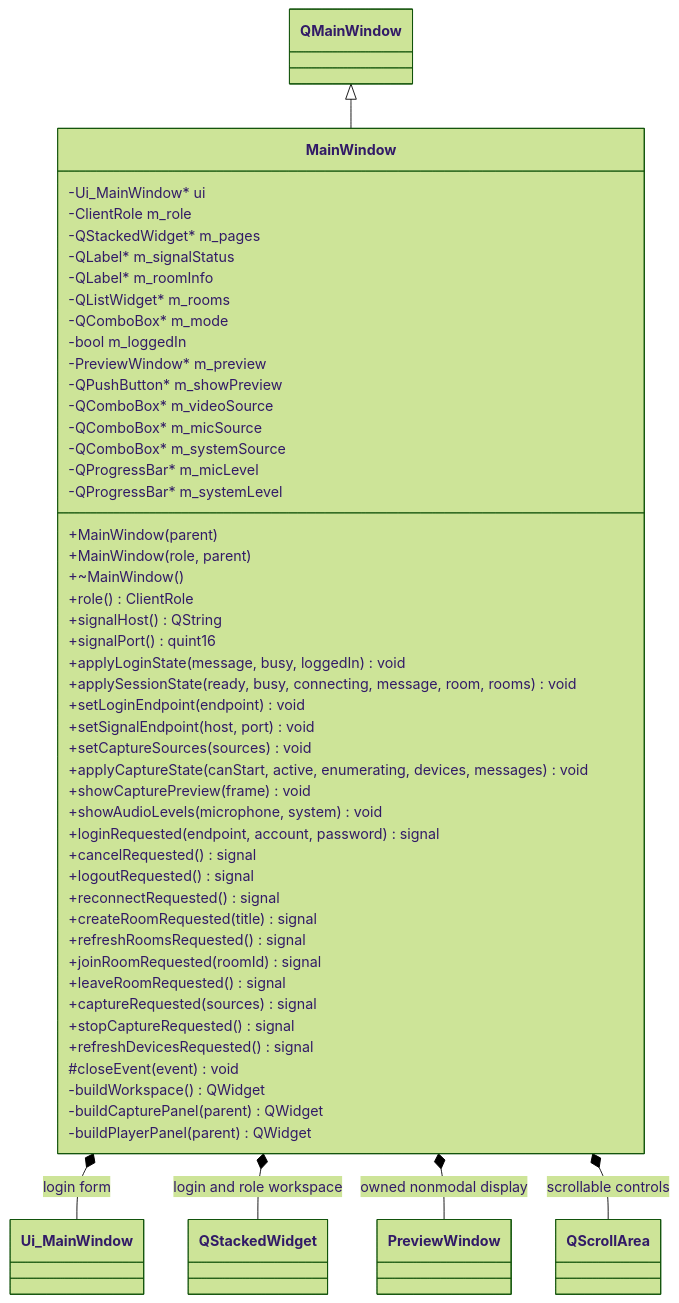
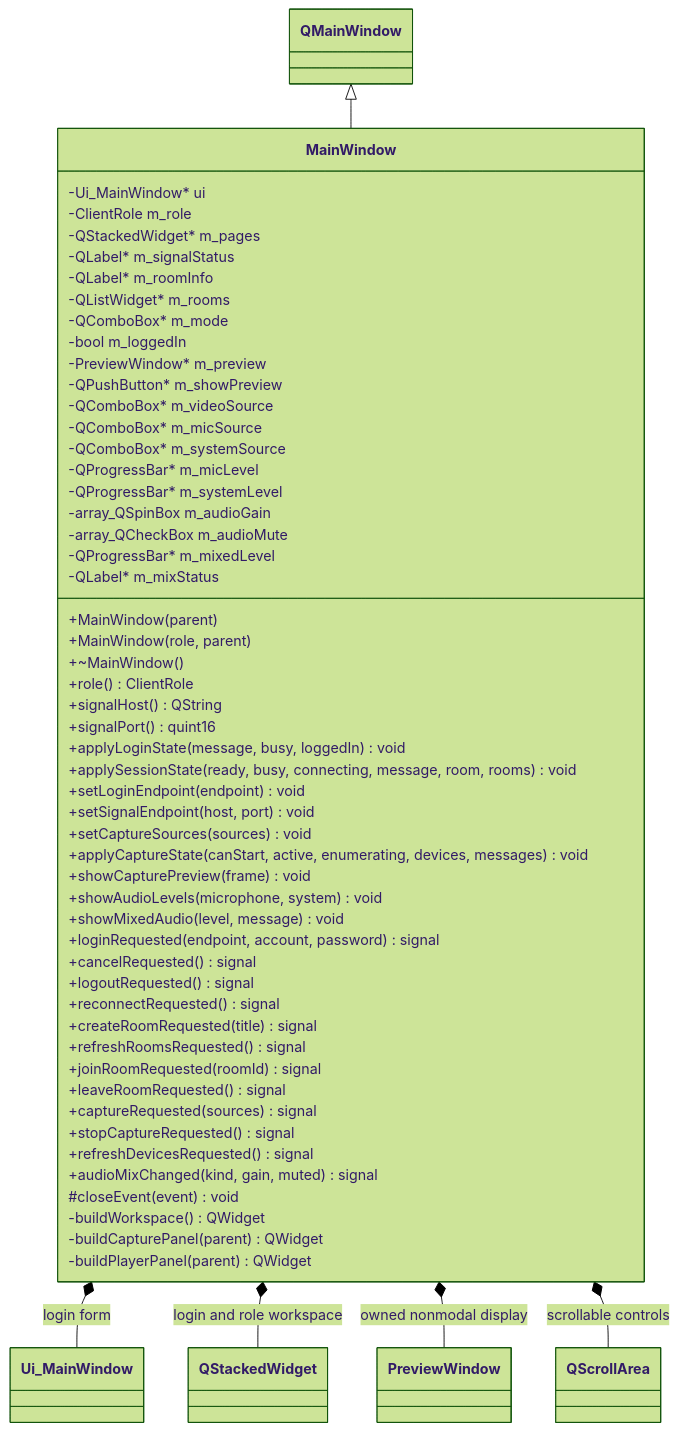
Before and after one commit to kingsman-svg/OBS: the diagram in docs/uml/MainWindow.mmd, drawn with Mermaid (forest theme). The commit also changed 57 other files, not shown here.

```diff
--- a/docs/uml/MainWindow.mmd
+++ b/docs/uml/MainWindow.mmd
@@ -1,52 +1,58 @@
 classDiagram
 class MainWindow {
   -Ui_MainWindow* ui
   -ClientRole m_role
   -QStackedWidget* m_pages
   -QLabel* m_signalStatus
   -QLabel* m_roomInfo
   -QListWidget* m_rooms
   -QComboBox* m_mode
   -bool m_loggedIn
   -PreviewWindow* m_preview
   -QPushButton* m_showPreview
   -QComboBox* m_videoSource
   -QComboBox* m_micSource
   -QComboBox* m_systemSource
   -QProgressBar* m_micLevel
   -QProgressBar* m_systemLevel
+  -array_QSpinBox m_audioGain
+  -array_QCheckBox m_audioMute
+  -QProgressBar* m_mixedLevel
+  -QLabel* m_mixStatus
   +MainWindow(parent)
   +MainWindow(role, parent)
   +~MainWindow()
   +role() ClientRole
   +signalHost() QString
   +signalPort() quint16
   +applyLoginState(message, busy, loggedIn) void
   +applySessionState(ready, busy, connecting, message, room, rooms) void
   +setLoginEndpoint(endpoint) void
   +setSignalEndpoint(host, port) void
   +setCaptureSources(sources) void
   +applyCaptureState(canStart, active, enumerating, devices, messages) void
   +showCapturePreview(frame) void
   +showAudioLevels(microphone, system) void
+  +showMixedAudio(level, message) void
   +loginRequested(endpoint, account, password) signal
   +cancelRequested() signal
   +logoutRequested() signal
   +reconnectRequested() signal
   +createRoomRequested(title) signal
   +refreshRoomsRequested() signal
   +joinRoomRequested(roomId) signal
   +leaveRoomRequested() signal
   +captureRequested(sources) signal
   +stopCaptureRequested() signal
   +refreshDevicesRequested() signal
+  +audioMixChanged(kind, gain, muted) signal
   #closeEvent(event) void
   -buildWorkspace() QWidget
   -buildCapturePanel(parent) QWidget
   -buildPlayerPanel(parent) QWidget
 }
 QMainWindow <|-- MainWindow
 MainWindow *-- Ui_MainWindow : login form
 MainWindow *-- QStackedWidget : login and role workspace
 MainWindow *-- PreviewWindow : owned nonmodal display
 MainWindow *-- QScrollArea : scrollable controls
```
